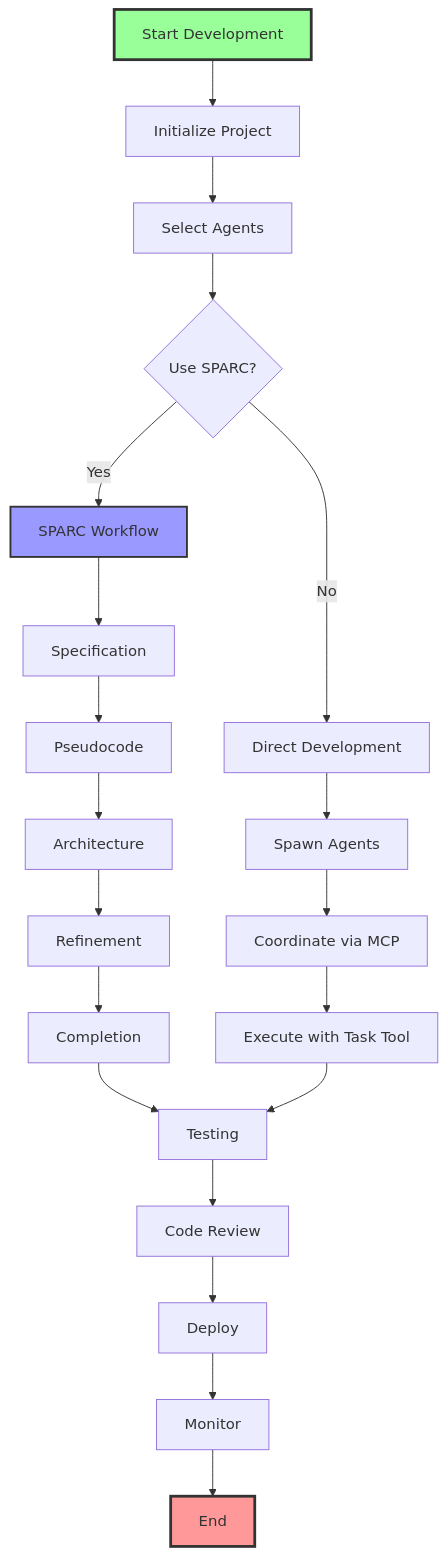
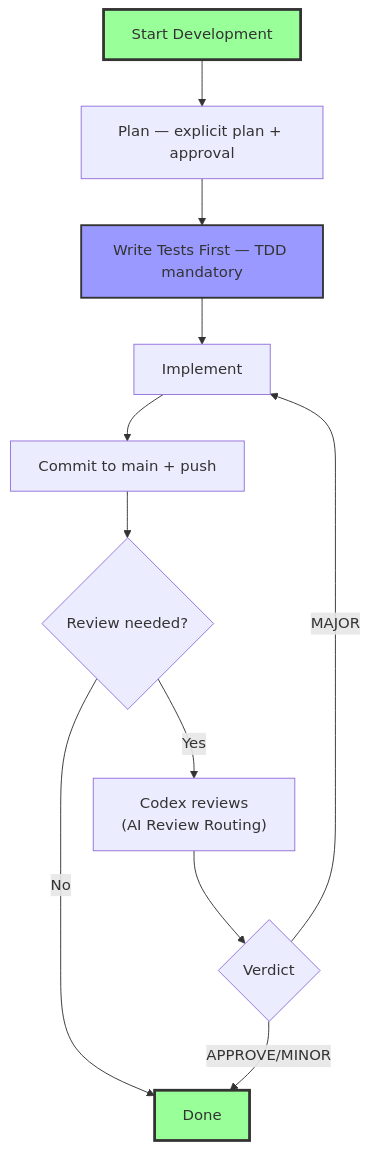
One commit to vamseeachanta/workspace-hub changed the fourth of 4 diagrams in docs/modules/ai-native/workspace-hub-structure.md. Above: the diagram before and after it, drawn with Mermaid. The commit also changed other lines of this file, not shown here.

````diff
--- a/docs/modules/ai-native/workspace-hub-structure.md
+++ b/docs/modules/ai-native/workspace-hub-structure.md
@@ -197,34 +121,21 @@
 ```mermaid
 flowchart TB
     START[Start Development]
 
-    START --> INIT[Initialize Project]
-    INIT --> AGENTSEL[Select Agents]
+    START --> PLAN[Plan — explicit plan + approval]
+    PLAN --> TDD[Write Tests First — TDD mandatory]
+    TDD --> IMPL[Implement]
+    IMPL --> COMMIT["Commit to main + push"]
 
-    AGENTSEL --> SPARC{Use SPARC?}
-    SPARC -->|Yes| SPARCFLOW[SPARC Workflow]
-    SPARC -->|No| DIRECTDEV[Direct Development]
+    COMMIT --> REVIEW{Review needed?}
+    REVIEW -->|Yes| CODEX_REVIEW["Codex reviews<br/>(AI Review Routing)"]
+    REVIEW -->|No| DONE[Done]
 
-    SPARCFLOW --> SPEC[Specification]
-    SPEC --> PSEUDO[Pseudocode]
-    PSEUDO --> ARCH[Architecture]
-    ARCH --> REFINE[Refinement]
-    REFINE --> COMPLETE[Completion]
-
-    DIRECTDEV --> SPAWN[Spawn Agents]
-    SPAWN --> COORD[Coordinate via MCP]
-    COORD --> EXEC[Execute with Task Tool]
-
-    COMPLETE --> TEST[Testing]
-    EXEC --> TEST
-
-    TEST --> REVIEW[Code Review]
-    REVIEW --> DEPLOY[Deploy]
-
-    DEPLOY --> MONITOR[Monitor]
-    MONITOR --> END[End]
+    CODEX_REVIEW --> VERDICT{Verdict}
+    VERDICT -->|APPROVE/MINOR| DONE
+    VERDICT -->|MAJOR| IMPL
 
     style START fill:#9f9,stroke:#333,stroke-width:3px
-    style END fill:#f99,stroke:#333,stroke-width:3px
-    style SPARCFLOW fill:#99f,stroke:#333,stroke-width:2px
+    style DONE fill:#9f9,stroke:#333,stroke-width:3px
+    style TDD fill:#99f,stroke:#333,stroke-width:2px
 ```
````
